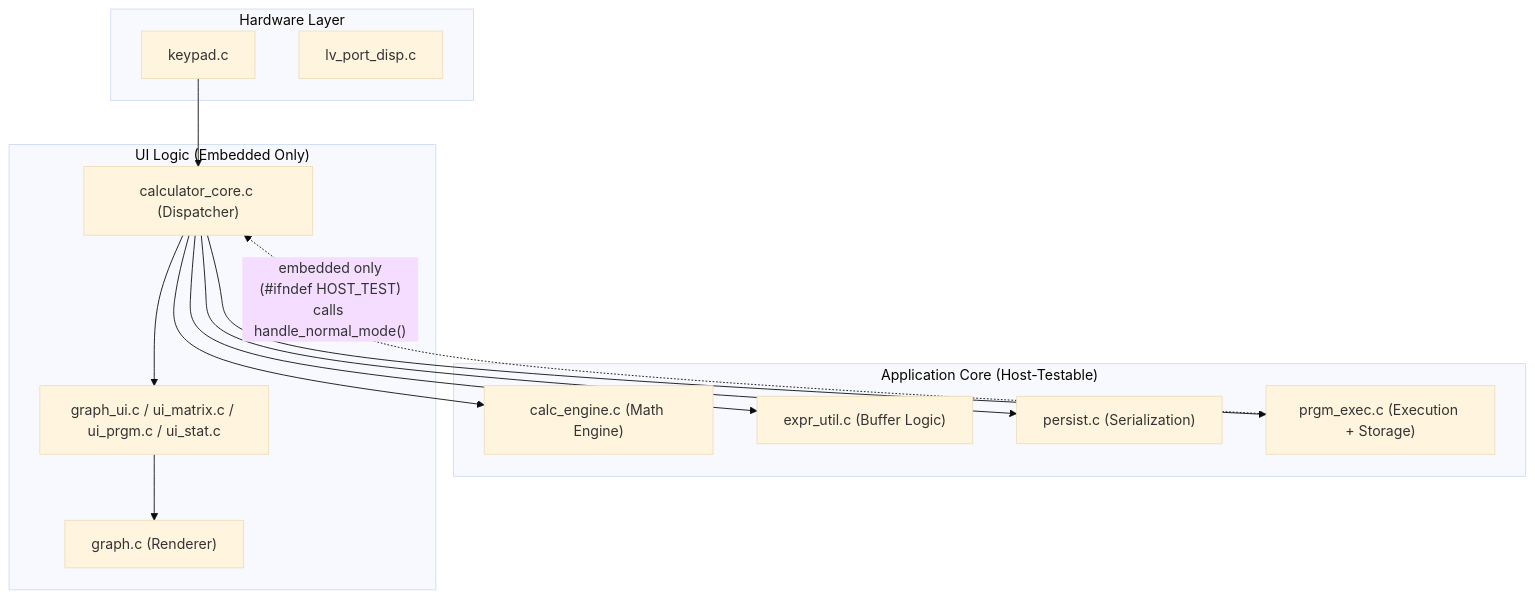
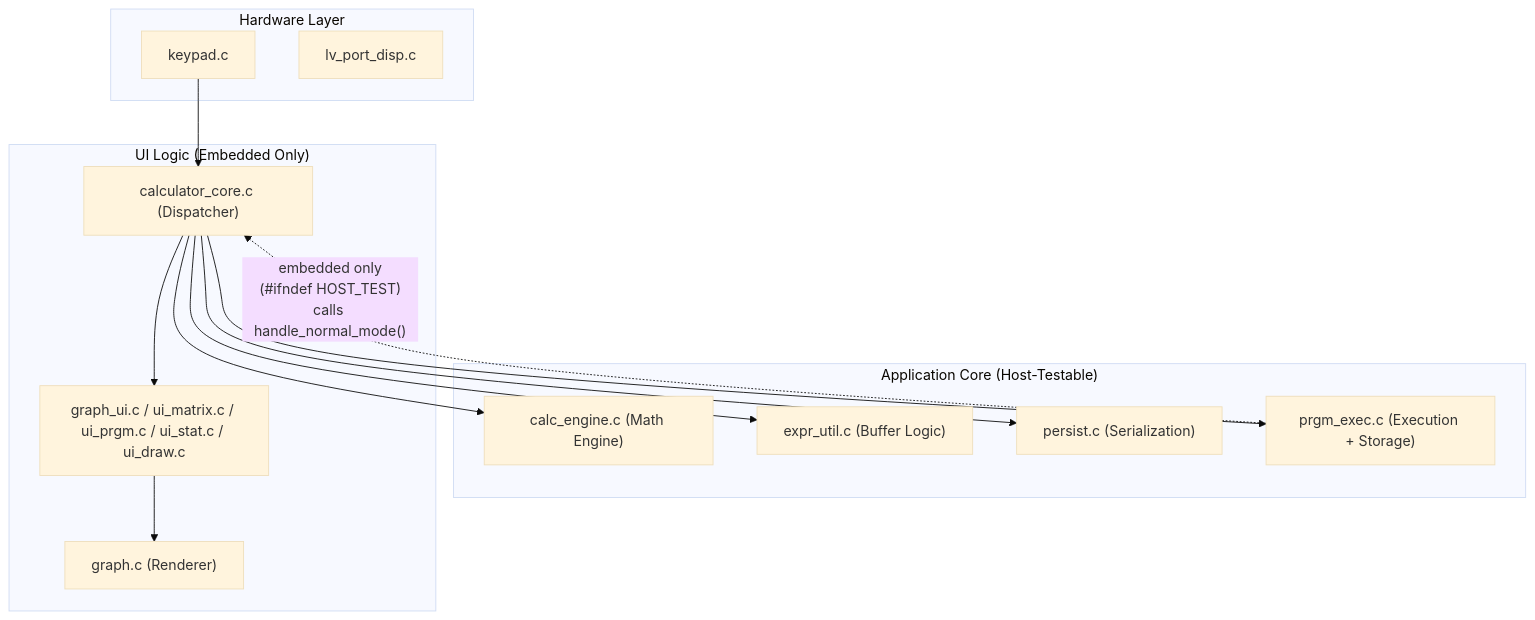
Before and after one commit to mndxc/STM32F429-TI81-Calculator: the second of 2 diagrams in docs/ARCHITECTURE.md, drawn with Mermaid (base theme). The commit also changed 3 other files, not shown here.

````diff
--- a/docs/ARCHITECTURE.md
+++ b/docs/ARCHITECTURE.md
@@ -47,29 +47,29 @@
 ```mermaid
 graph TD
     subgraph "Hardware Layer"
         HW_K["keypad.c"]
         HW_D["lv_port_disp.c"]
     end
 
     subgraph "Application Core (Host-Testable)"
         CE["calc_engine.c (Math Engine)"]
         EU["expr_util.c (Buffer Logic)"]
         PE["persist.c (Serialization)"]
         PRE["prgm_exec.c (Execution + Storage)"]
     end
 
     subgraph "UI Logic (Embedded Only)"
         CC["calculator_core.c (Dispatcher)"]
-        GUI["graph_ui.c / ui_matrix.c / ui_prgm.c / ui_stat.c"]
+        GUI["graph_ui.c / ui_matrix.c / ui_prgm.c / ui_stat.c / ui_draw.c"]
         G["graph.c (Renderer)"]
     end
 
     HW_K --> CC
     CC --> GUI
     CC --> CE
     CC --> EU
     CC --> PE
     CC --> PRE
     GUI --> G
     PRE -. "embedded only\n(#ifndef HOST_TEST)\ncalls handle_normal_mode()" .-> CC
 ```
````
